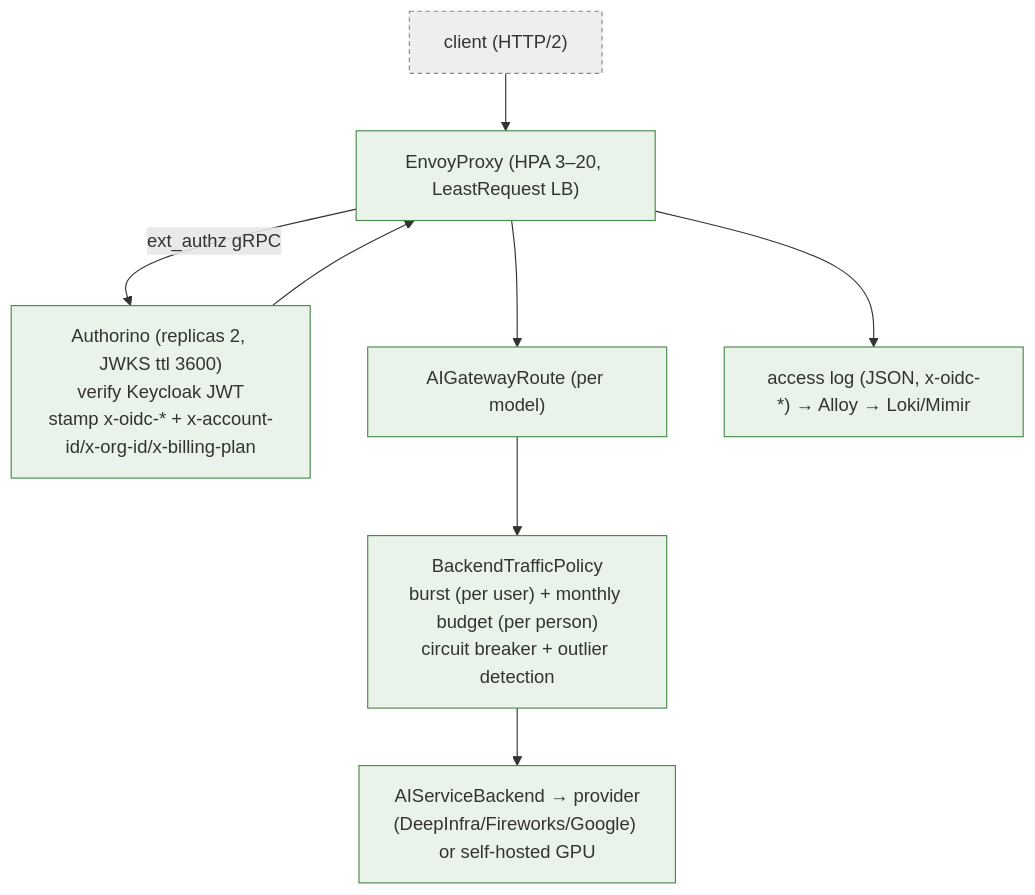
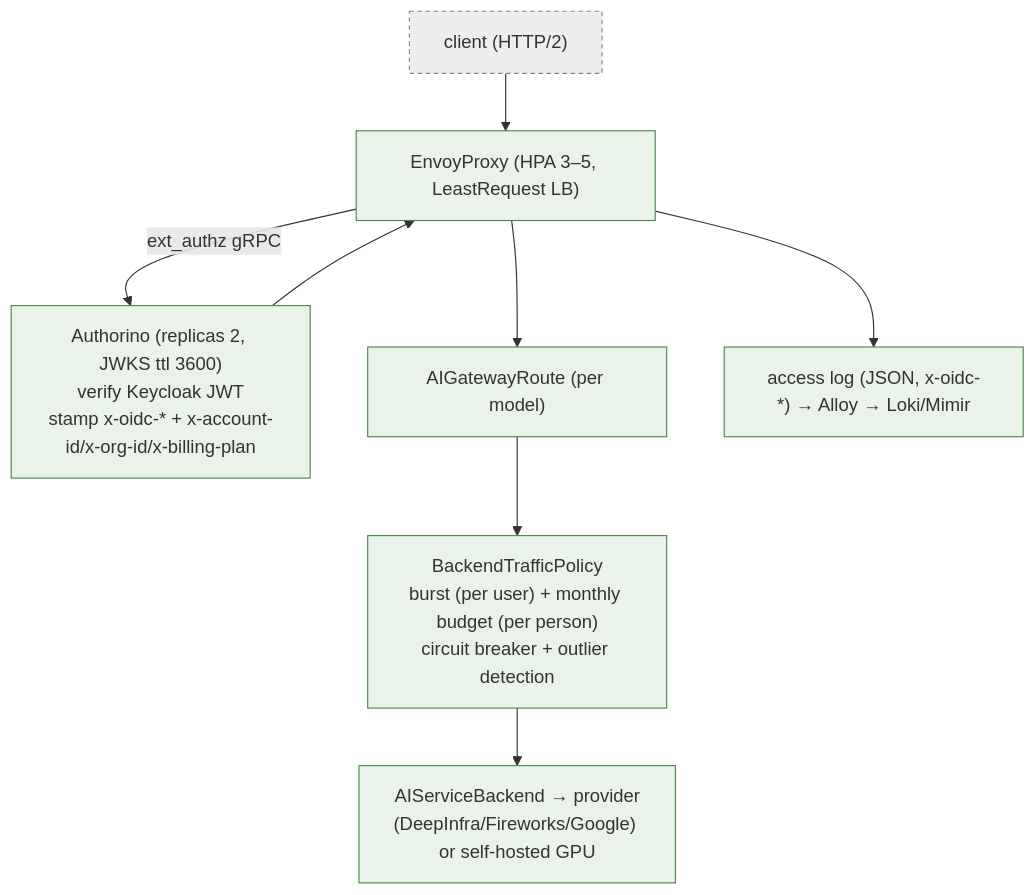
Before and after one commit to ADORSYS-GIS/ai-helm: the third of 5 diagrams in docs/arc42.md, drawn with Mermaid. The commit also changed other lines of this file and 9 other files, not shown here.

````diff
--- a/docs/arc42.md
+++ b/docs/arc42.md
@@ -179,17 +179,17 @@
 ```mermaid
 flowchart TB
     C["client (HTTP/2)"]:::ext
-    E["EnvoyProxy (HPA 3–20, LeastRequest LB)"]:::own
+    E["EnvoyProxy (HPA 3–5, LeastRequest LB)"]:::own
     A["Authorino (replicas 2, JWKS ttl 3600)<br/>verify Keycloak JWT<br/>stamp x-oidc-* + x-account-id/x-org-id/x-billing-plan"]:::own
     R["AIGatewayRoute (per model)"]:::own
     B["BackendTrafficPolicy<br/>burst (per user) + monthly budget (per person)<br/>circuit breaker + outlier detection"]:::own
     S["AIServiceBackend → provider<br/>(DeepInfra/Fireworks/Google) or self-hosted GPU"]:::own
     O["access log (JSON, x-oidc-*) → Alloy → Loki/Mimir"]:::own
 
     C --> E -->|ext_authz gRPC| A --> E
     E --> R --> B --> S
     E --> O
 
     classDef own fill:#eaf3ea,stroke:#4a8a4a;
     classDef ext fill:#eee,stroke:#888,stroke-dasharray:4 3;
 ```
````
